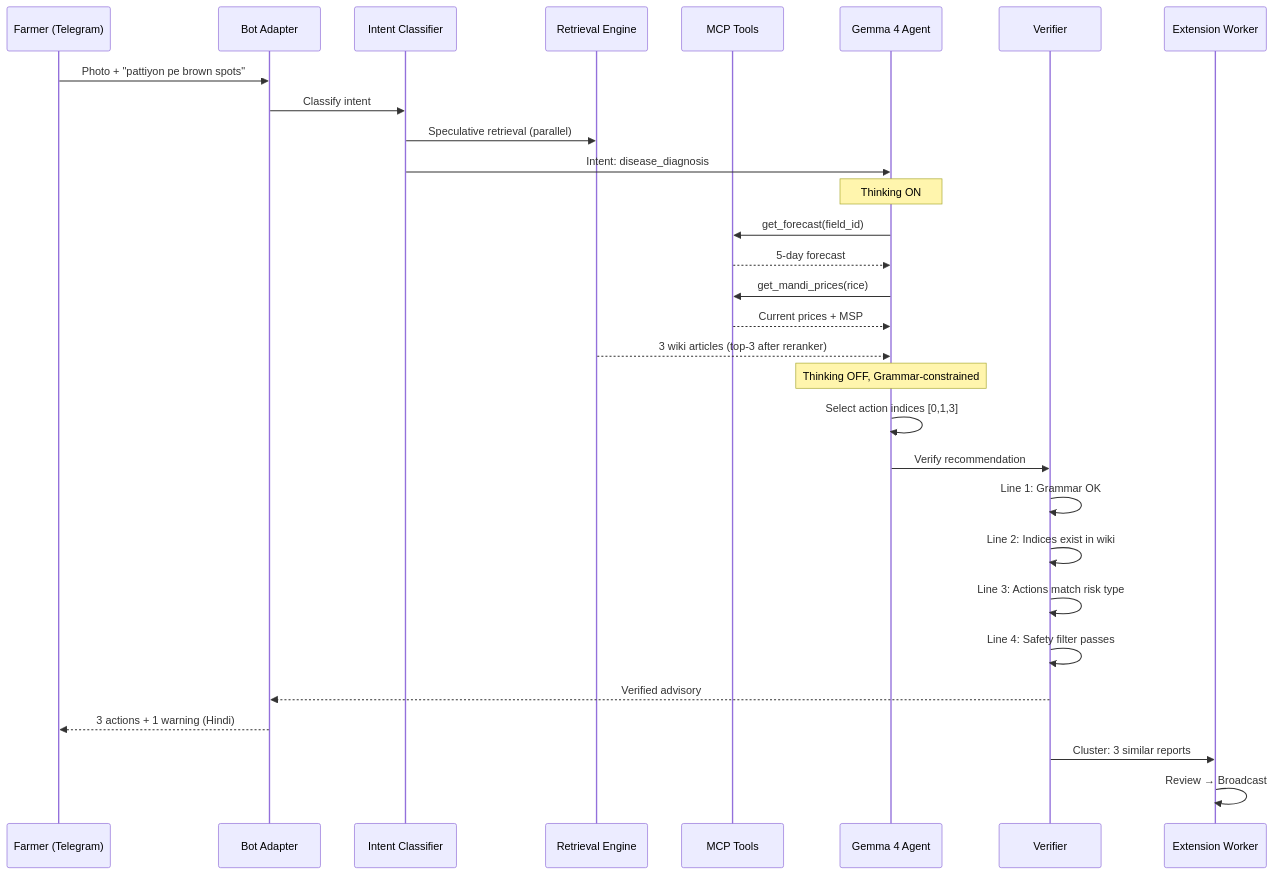
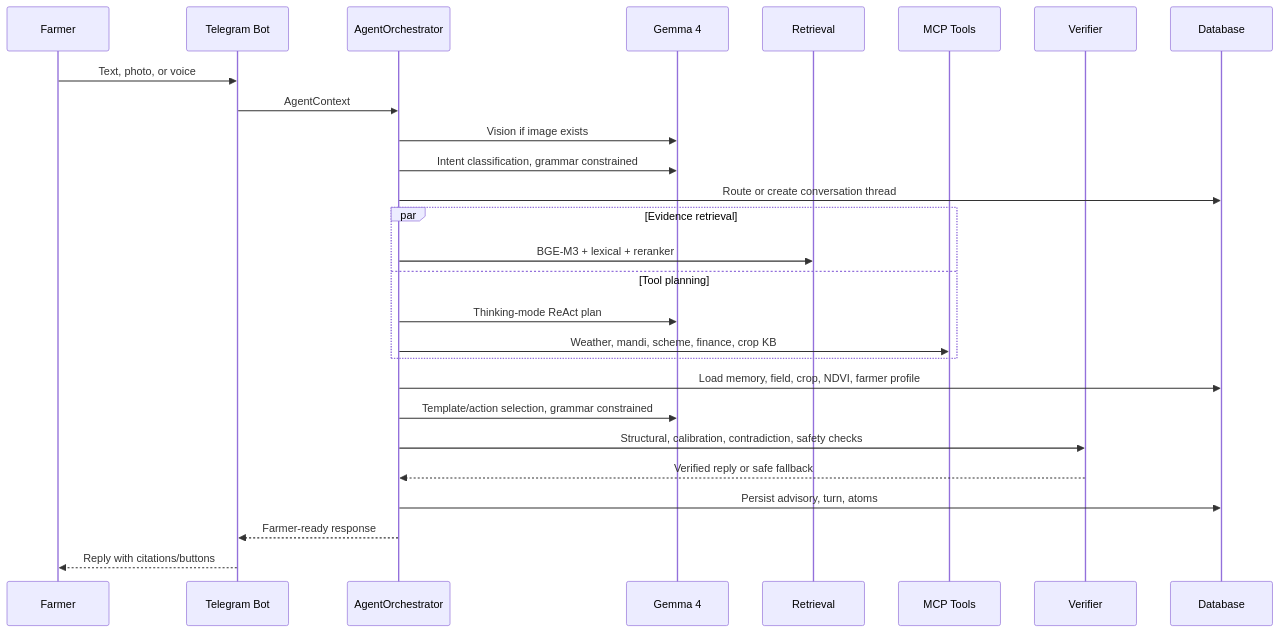
The second of 9 diagrams in README.md (Utkarsh-Sinha0/AgentAgri), drawn with Mermaid before and after one commit. The commit also changed other lines of this file and 32 other files, not shown here.

````diff
--- a/README.md
+++ b/README.md
@@ -317,39 +140,30 @@
 ```mermaid
 sequenceDiagram
-    participant F as Farmer (Telegram)
-    participant B as Bot Adapter
-    participant I as Intent Classifier
-    participant R as Retrieval Engine
-    participant M as MCP Tools
-    participant A as Gemma 4 Agent
+    participant F as Farmer
+    participant B as Telegram Bot
+    participant A as AgentOrchestrator
+    participant G as Gemma 4
+    participant R as Retrieval
+    participant T as MCP Tools
     participant V as Verifier
-    participant E as Extension Worker
+    participant DB as Database
 
-    F->>B: Photo + "pattiyon pe brown spots"
-    B->>I: Classify intent
-    I->>R: Speculative retrieval (parallel)
-    I->>A: Intent: disease_diagnosis
-
-    Note over A: Thinking ON
-    A->>M: get_forecast(field_id)
-    M-->>A: 5-day forecast
-    A->>M: get_mandi_prices(rice)
-    M-->>A: Current prices + MSP
-
-    R-->>A: 3 wiki articles (top-3 after reranker)
-
-    Note over A: Thinking OFF, Grammar-constrained
-    A->>A: Select action indices [0,1,3]
-    A->>V: Verify recommendation
-
-    V->>V: Line 1: Grammar OK
-    V->>V: Line 2: Indices exist in wiki
-    V->>V: Line 3: Actions match risk type
-    V->>V: Line 4: Safety filter passes
-
-    V-->>B: Verified advisory
-    B-->>F: 3 actions + 1 warning (Hindi)
-
-    V->>E: Cluster: 3 similar reports
-    E->>E: Review → Broadcast
+    F->>B: Text, photo, or voice
+    B->>A: AgentContext
+    A->>G: Vision if image exists
+    A->>G: Intent classification, grammar constrained
+    A->>DB: Route or create conversation thread
+    par Evidence retrieval
+        A->>R: BGE-M3 + lexical + reranker
+    and Tool planning
+        A->>G: Thinking-mode ReAct plan
+        A->>T: Weather, mandi, scheme, finance, crop KB
+    end
+    A->>DB: Load memory, field, crop, NDVI, farmer profile
+    A->>G: Template/action selection, grammar constrained
+    A->>V: Structural, calibration, contradiction, safety checks
+    V-->>A: Verified reply or safe fallback
+    A->>DB: Persist advisory, turn, atoms
+    A-->>B: Farmer-ready response
+    B-->>F: Reply with citations/buttons
 ```
````
